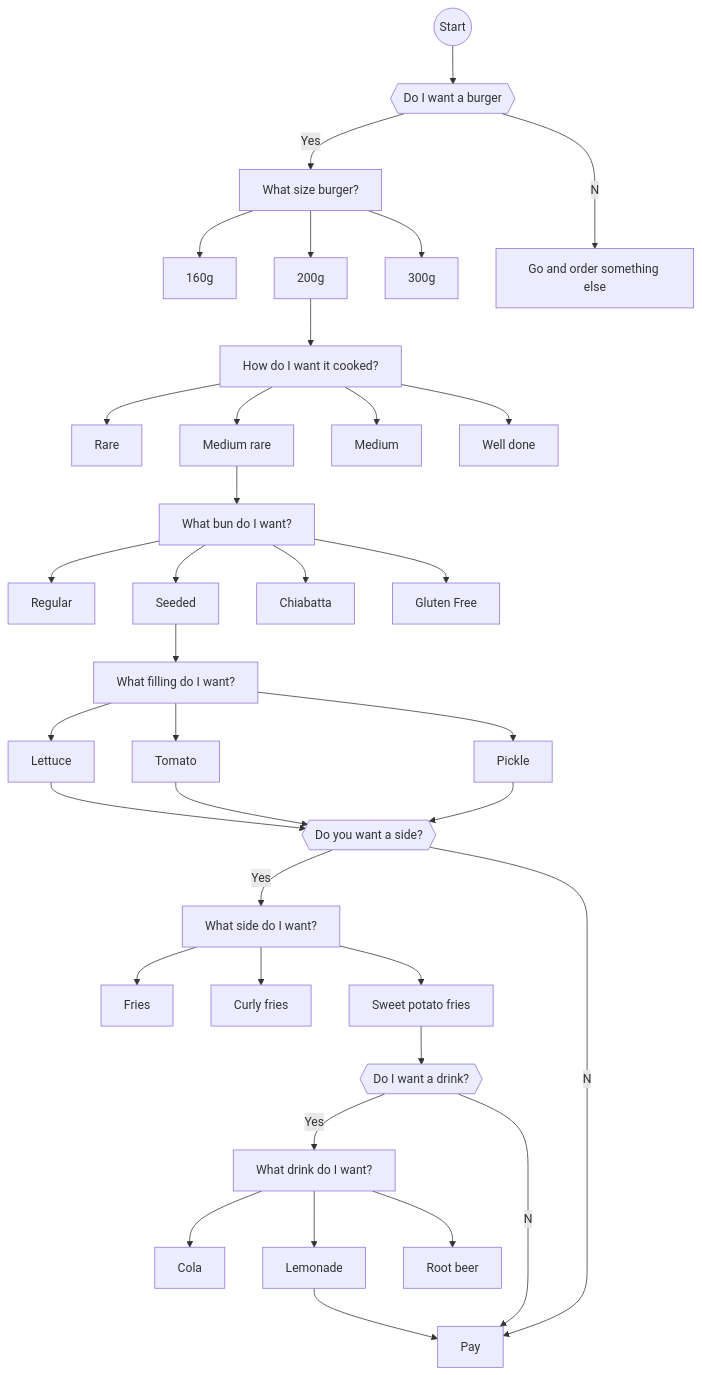
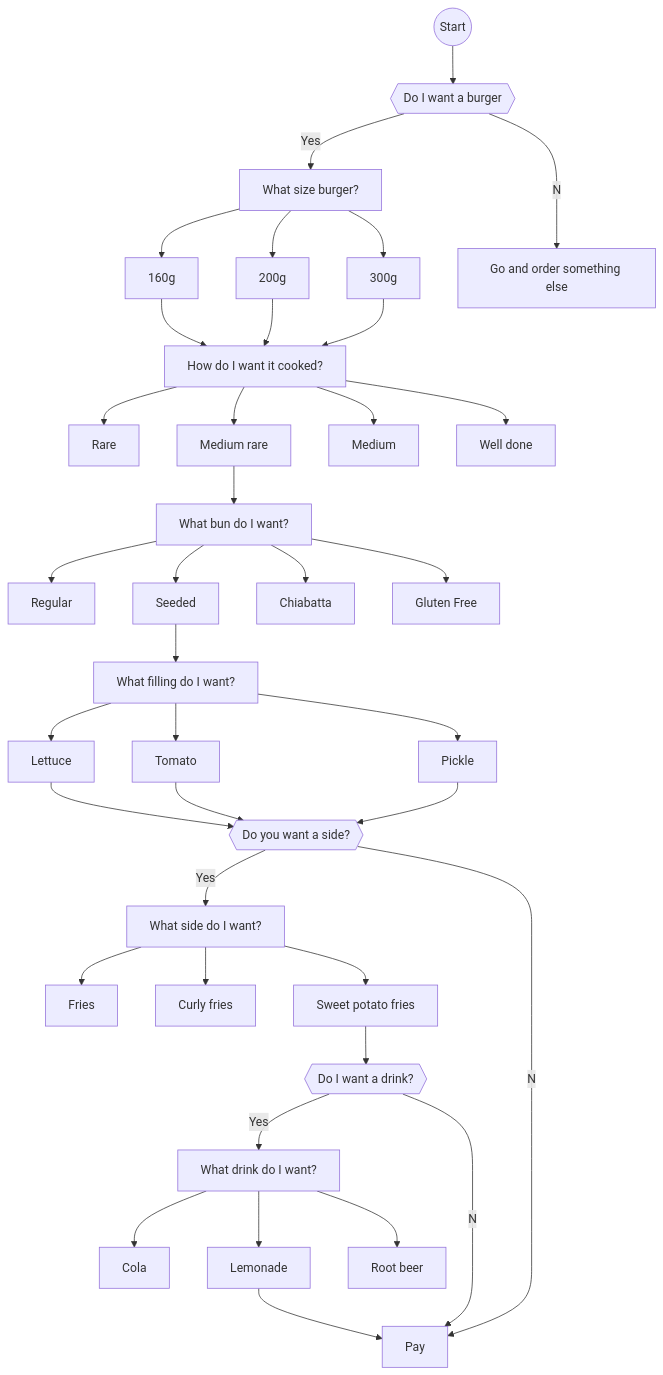
One commit to yusale9/student-showcase changed the diagram in student-work/2022/Jonathan-Kemp/api/Readme.md. Above: the diagram before and after it, drawn with Mermaid.

````diff
--- a/student-work/2022/Jonathan-Kemp/api/Readme.md
+++ b/student-work/2022/Jonathan-Kemp/api/Readme.md
@@ -5,70 +5,72 @@
 ```mermaid
 flowchart TD
 A((Start))
 A-->B
 B{{Do I want a burger}}
 B--Yes-->C
 B--No-->D
 D[Go and order something else]
 C[What size burger?]
 C-->E
 C-->F
 C-->G
 E[160g]
 F[200g]
 G[300g]
+E-->H
 F-->H
+G-->H
 H[How do I want it cooked?]
 H-->I
 H-->J
 H-->K
 H-->L
 I[Rare]
 J[Medium rare]
 K[Medium]
 L[Well done]
 J-->M
 M[What bun do I want?]
 M-->N
 M-->O
 M-->P
 M-->Q
 N[Regular]
 O[Seeded]
 P[Chiabatta]
 Q[Gluten Free]
 O-->R
 R[What filling do I want?]
 R-->S
 R-->T
 R-->U
 S[Lettuce]
 T[Tomato]
 U[Pickle]
 S-->V
 T-->V
 U-->V
 V{{Do you want a side?}}
 V--Yes-->X
 V--No-->AH
 X[What side do I want?]
 X-->Z
 X-->AA
 X-->AB
 Z[Fries]
 AA[Curly fries]
 AB[Sweet potato fries]
 AB-->AC
 AC{{Do I want a drink?}}
 AC--Yes-->AD
 AC--No-->AH
 AD[What drink do I want?]
 AD-->AE
 AD-->AF
 AD-->AG
 AE[Cola]
 AF[Lemonade]
 AG[Root beer]
 AF-->AH
 AH[Pay]
 ```
````
